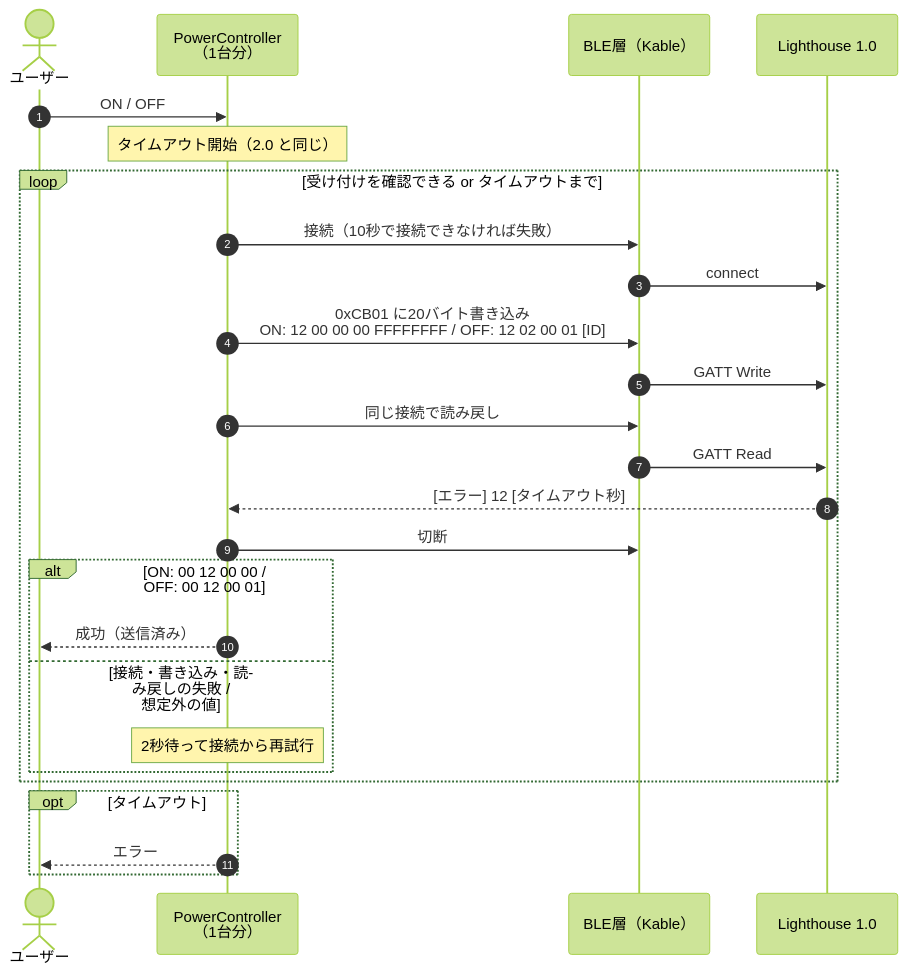
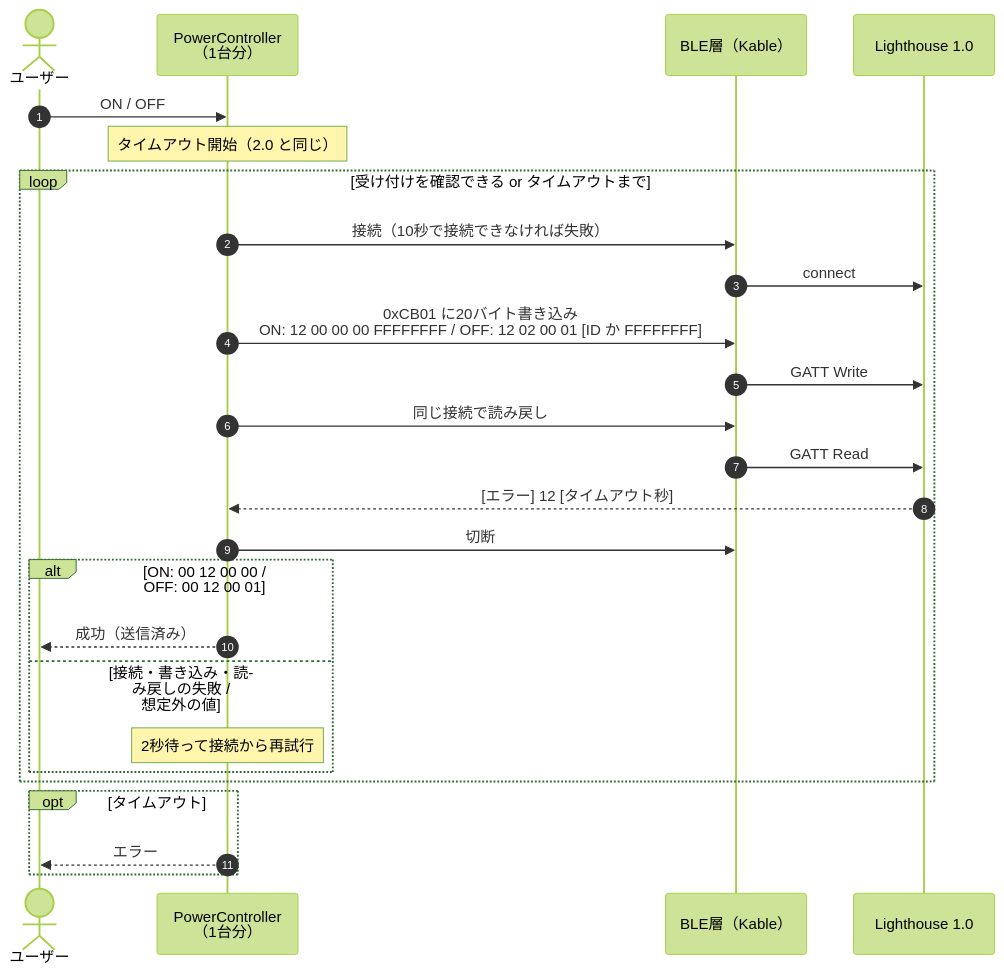
The second of 2 diagrams in docs/architecture/02-power-flow.md (zeusisgood/lighthouse-keeper), drawn with Mermaid (forest theme) before and after one commit. The commit also changed other lines of this file and 9 other files, not shown here.

First line of the commit message:
1.0 の本体IDを任意入力にする（未入力なら OFF も FFFFFFFF で送る）

````diff
--- a/docs/architecture/02-power-flow.md
+++ b/docs/architecture/02-power-flow.md
@@ -55,29 +55,29 @@
 ```mermaid
 sequenceDiagram
     autonumber
     actor User as ユーザー
     participant Ctrl as PowerController<br/>（1台分）
     participant Ble as BLE層（Kable）
     participant LH as Lighthouse 1.0
 
     User->>Ctrl: ON / OFF
     Note over Ctrl: タイムアウト開始（2.0 と同じ）
     loop 受け付けを確認できる or タイムアウトまで
         Ctrl->>Ble: 接続（10秒で接続できなければ失敗）
         Ble->>LH: connect
-        Ctrl->>Ble: 0xCB01 に20バイト書き込み<br/>ON: 12 00 00 00 FFFFFFFF / OFF: 12 02 00 01 [ID]
+        Ctrl->>Ble: 0xCB01 に20バイト書き込み<br/>ON: 12 00 00 00 FFFFFFFF / OFF: 12 02 00 01 [ID か FFFFFFFF]
         Ble->>LH: GATT Write
         Ctrl->>Ble: 同じ接続で読み戻し
         Ble->>LH: GATT Read
         LH-->>Ctrl: [エラー] 12 [タイムアウト秒]
         Ctrl->>Ble: 切断
         alt ON: 00 12 00 00 / OFF: 00 12 00 01
             Ctrl-->>User: 成功（送信済み）
         else 接続・書き込み・読み戻しの失敗 / 想定外の値
             Note over Ctrl: 2秒待って接続から再試行
         end
     end
     opt タイムアウト
         Ctrl-->>User: エラー
     end
 ```
````
